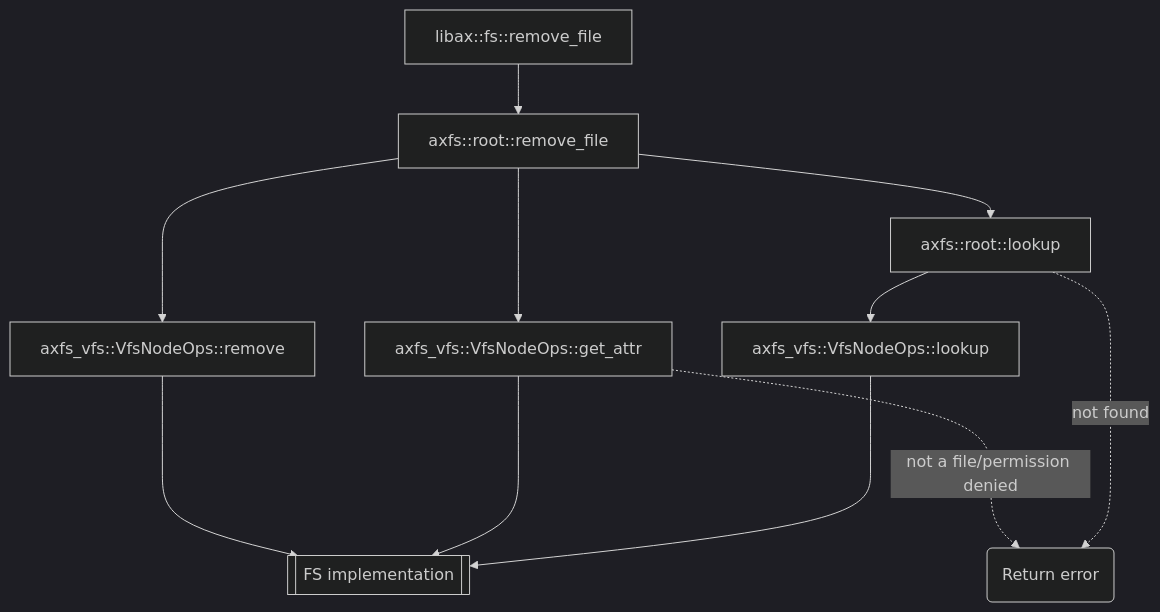
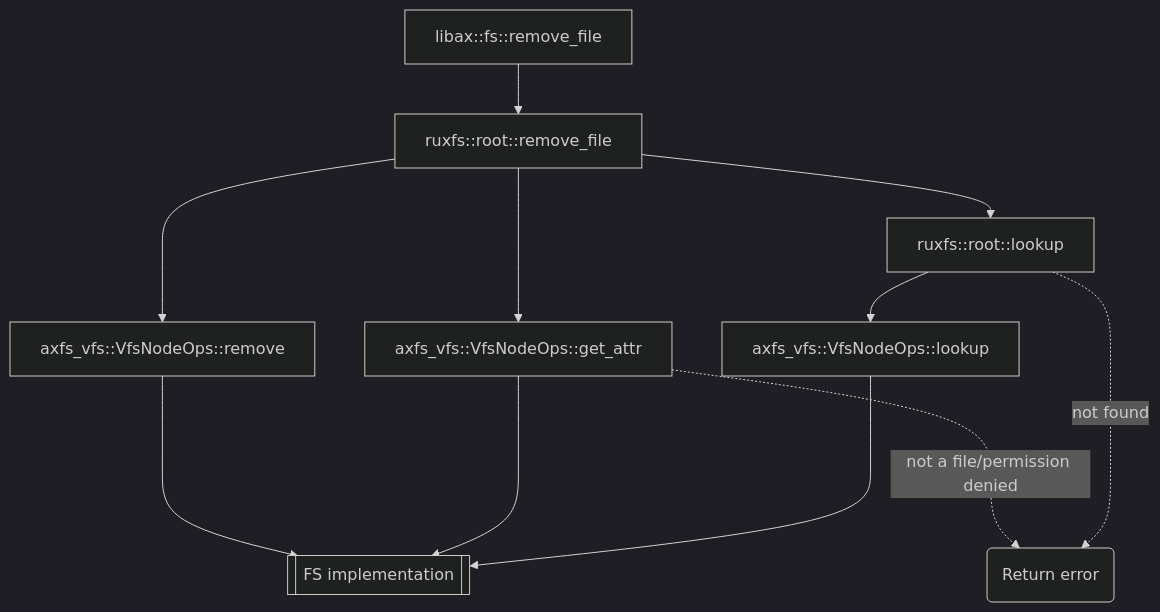
Before and after one commit to syswonder/ruxos: the eighth of 8 diagrams in doc/apps_fs_shell.md, drawn with Mermaid (dark theme). The commit also changed other lines of this file and 854 other files, not shown here.

````diff
--- a/doc/apps_fs_shell.md
+++ b/doc/apps_fs_shell.md
@@ -299,12 +299,12 @@
 ```mermaid
 graph TD
-	lib_rm[libax::fs::remove_file] --> root_rm[axfs::root::remove_file]
+	lib_rm[libax::fs::remove_file] --> root_rm[ruxfs::root::remove_file]
 
-  root_rm --> lookup[axfs::root::lookup] --> vfs_lookup["axfs_vfs::VfsNodeOps::lookup"]
+  root_rm --> lookup[ruxfs::root::lookup] --> vfs_lookup["axfs_vfs::VfsNodeOps::lookup"]
   	---> fs_impl[[FS implementation]]
   lookup -.-> |not found| ret_err
   root_rm ---> meta[axfs_vfs::VfsNodeOps::get_attr] ---> fs_impl
   meta -..-> |not a file/permission denied| ret_err(Return error)
   root_rm --> remove_[axfs_vfs::VfsNodeOps::remove] ---> fs_impl
 
 ```
````
